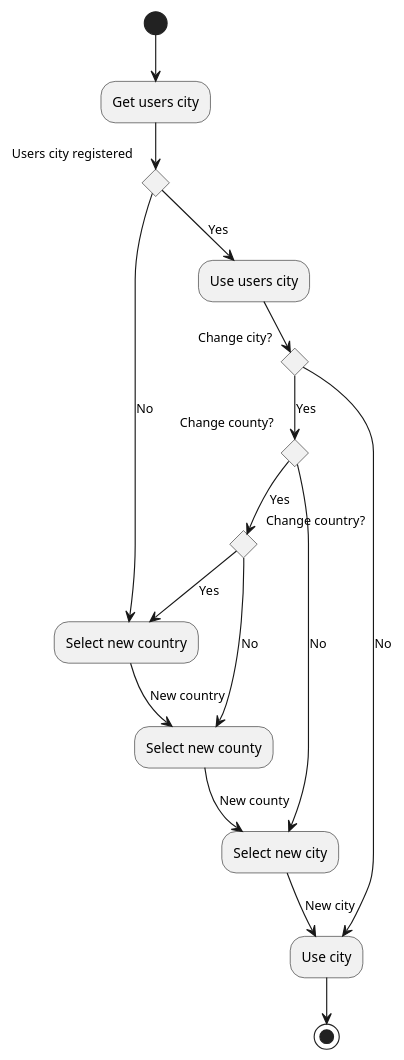
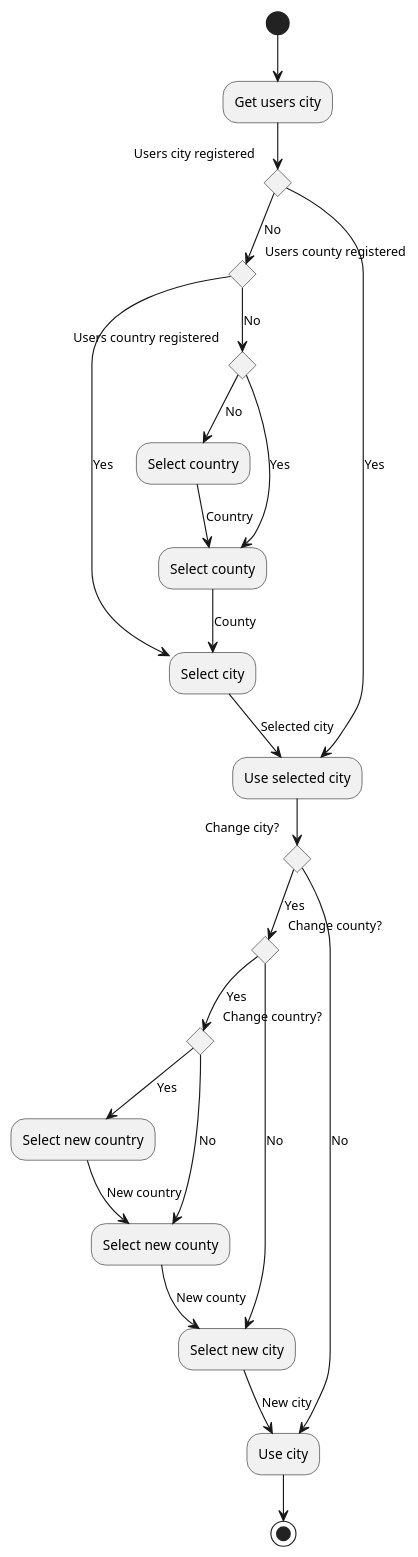
Before and after one commit to SOFTWARE-ENGINEERING-GRUPPE-17/sayHelloToMyLilFriend: the diagram in src/diagrams/Search WIth DB.puml, drawn with PlantUML.

Commit message:
Glømte noen ting :/

```diff
--- a/src/diagrams/Search WIth DB.puml
+++ b/src/diagrams/Search WIth DB.puml
@@ -1,26 +1,37 @@
 @startuml
 (*) --> Get users city
 If "Users city registered" then
-    --> [No] Select new country
+    --> [No] If "Users county registered" then
+        --> [Yes] Select city
+        --> [Selected city] Use selected city
+    else
+        --> [No] If "Users country registered" then
+            --> [No] Select country
+            --> [Country] Select county
+        else
+            --> [Yes] Select county
+        endif
+    endif
+    --> [County] Select city
 else
-    --> [Yes] Use users city
+    --> [Yes] Use selected city
 endif
 If "Change city?" then
     --> [Yes] If "Change county?" then
         --> [Yes] If "Change country?" then
             --> [Yes] "Select new country"
             --> [New country] "Select new county"
         else
             --> [No] Select new county
             --> [New county] Select new city
 
         endif
     else
         --> [No] "Select new city"
         --> [New city] "Use city"
     endif
 else
     --> [No] "Use city"
 endif
 -->(*)
 @enduml
```
